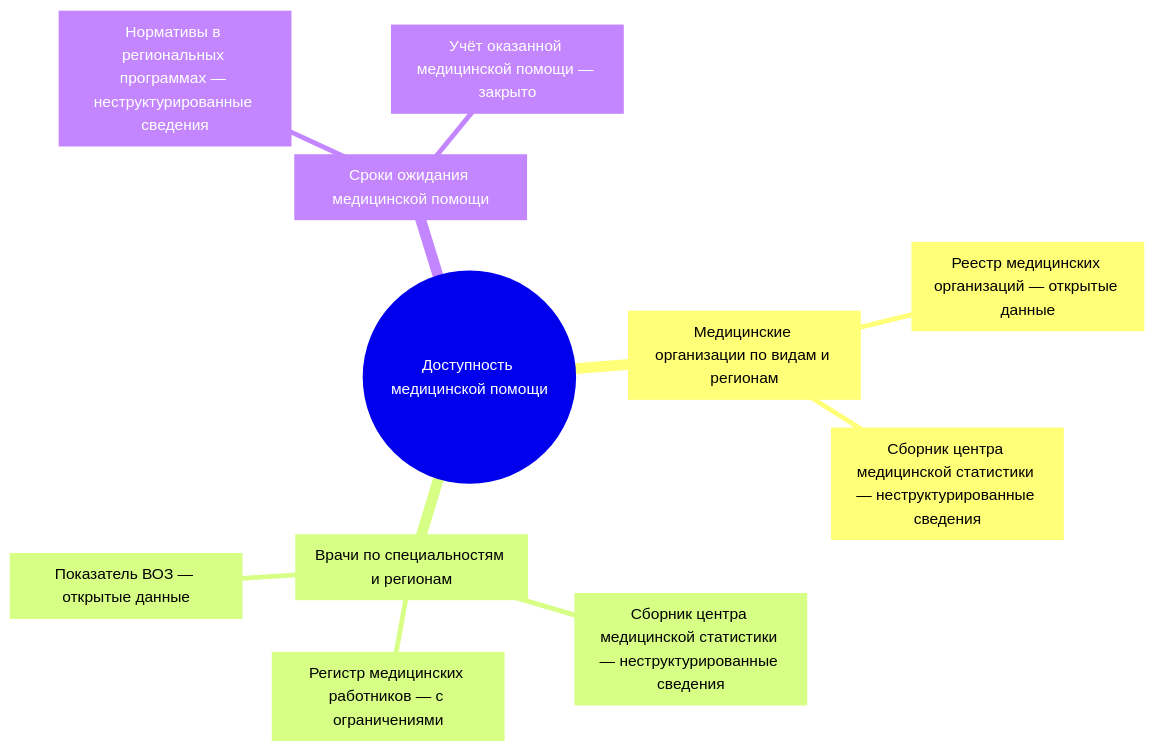
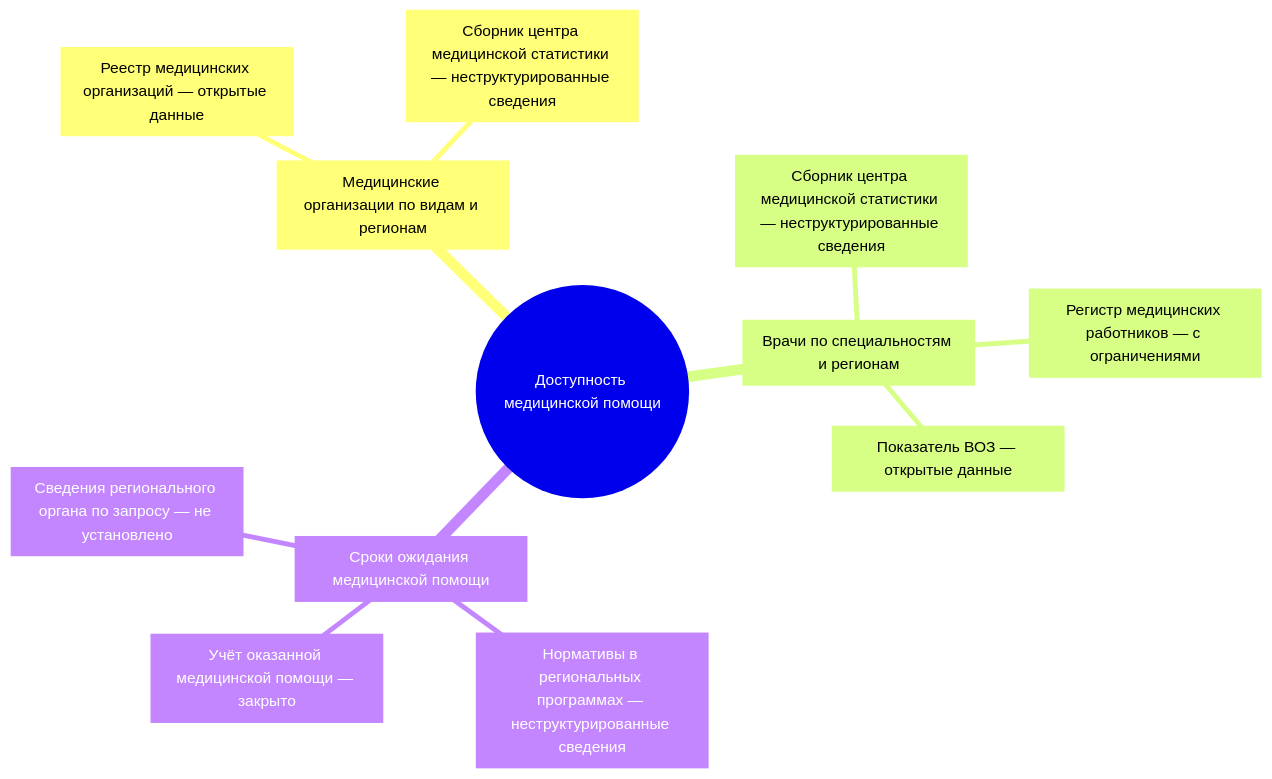
Before and after one commit to ivbeg/data-inventory: the second of 3 diagrams in docs/06-tools/02-mindmaps-and-boards.md, drawn with Mermaid. The commit also changed other lines of this file and 54 other files, not shown here.

````diff
--- a/docs/06-tools/02-mindmaps-and-boards.md
+++ b/docs/06-tools/02-mindmaps-and-boards.md
@@ -163,14 +126,15 @@
 ```mermaid
 mindmap
   root((Доступность медицинской помощи))
     q1[Медицинские организации по видам и регионам]
       a1[Реестр медицинских организаций — открытые данные]
       a2[Сборник центра медицинской статистики — неструктурированные сведения]
     q2[Врачи по специальностям и регионам]
       a3[Сборник центра медицинской статистики — неструктурированные сведения]
       a4[Регистр медицинских работников — с ограничениями]
       a5[Показатель ВОЗ — открытые данные]
     q3[Сроки ожидания медицинской помощи]
       a6[Нормативы в региональных программах — неструктурированные сведения]
       a7[Учёт оказанной медицинской помощи — закрыто]
+      a8[Сведения регионального органа по запросу — не установлено]
 ```
````
